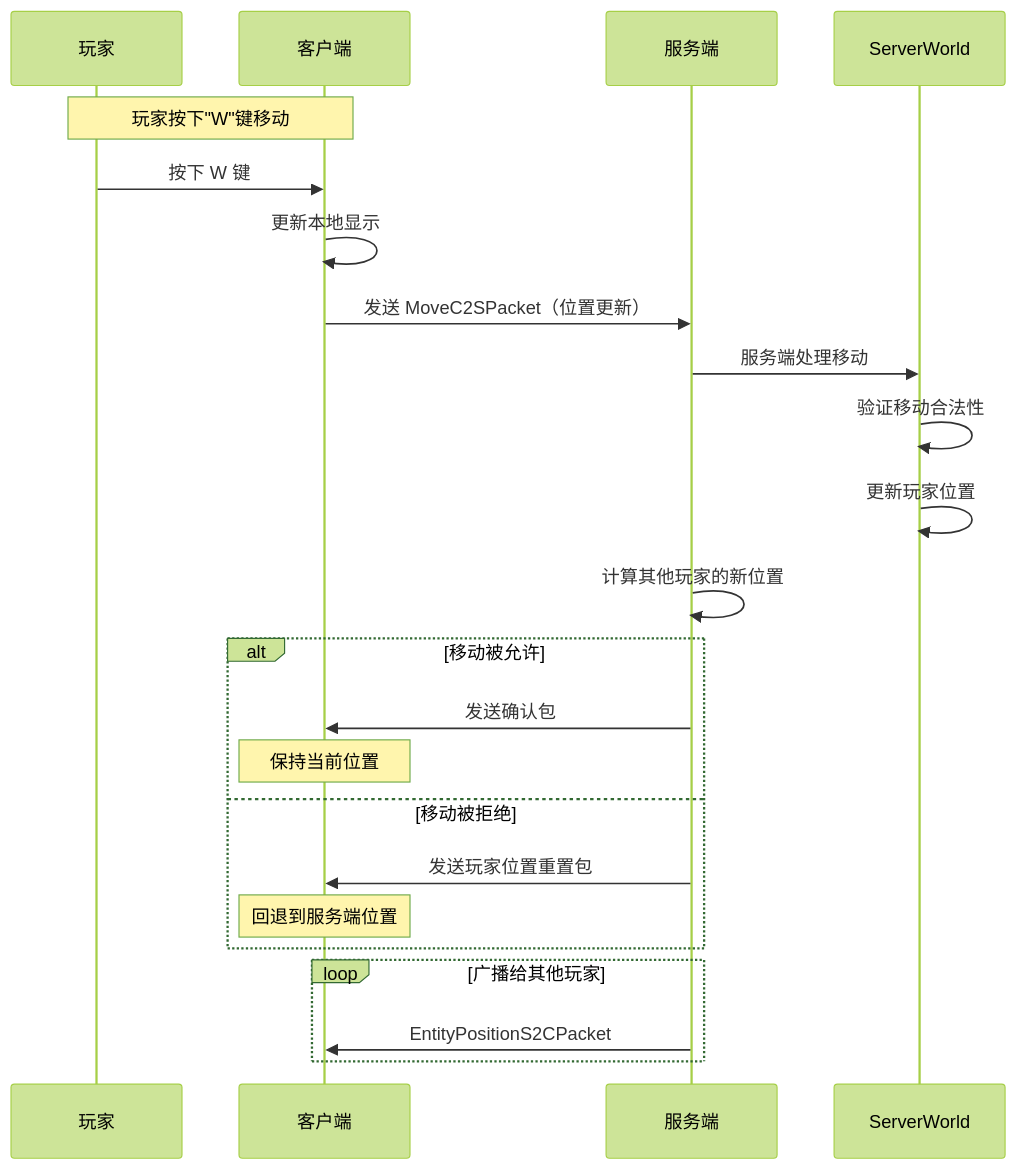
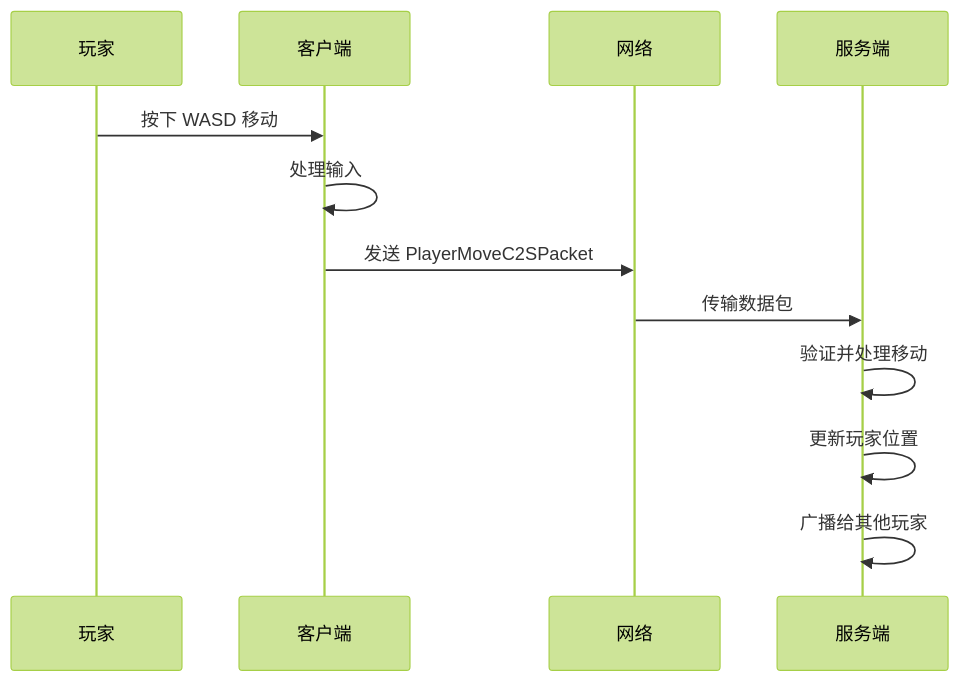
The second of 5 diagrams in content/mc/1.21/core/-/tutorials/Part-1-Foundation/05-client-server-arch.md (BaiGave/Minecraft-Learning), drawn with Mermaid (forest theme) before and after one commit. The commit also changed other lines of this file and 395 other files, not shown here.

````diff
--- a/content/mc/1.21/core/-/tutorials/Part-1-Foundation/05-client-server-arch.md
+++ b/content/mc/1.21/core/-/tutorials/Part-1-Foundation/05-client-server-arch.md
@@ -202,31 +296,15 @@
 ```mermaid
 sequenceDiagram
-    participant P as 玩家
-    participant C as 客户端
-    participant S as 服务端
-    participant W as ServerWorld
+    participant Player as 玩家
+    participant Client as 客户端
+    participant Network as 网络
+    participant Server as 服务端
     
-    Note over P,C: 玩家按下"W"键移动
-    
-    P->>C: 按下 W 键
-    C->>C: 更新本地显示
-    C->>S: 发送 MoveC2SPacket（位置更新）
-    
-    S->>W: 服务端处理移动
-    W->>W: 验证移动合法性
-    W->>W: 更新玩家位置
-    
-    S->>S: 计算其他玩家的新位置
-    
-    alt 移动被允许
-        S->>C: 发送确认包
-        Note over C: 保持当前位置
-    else 移动被拒绝
-        S->>C: 发送玩家位置重置包
-        Note over C: 回退到服务端位置
-    end
-    
-    loop 广播给其他玩家
-        S->>C: EntityPositionS2CPacket
-    end
+    Player->>Client: 按下 WASD 移动
+    Client->>Client: 处理输入
+    Client->>Network: 发送 PlayerMoveC2SPacket
+    Network->>Server: 传输数据包
+    Server->>Server: 验证并处理移动
+    Server->>Server: 更新玩家位置
+    Server->>Server: 广播给其他玩家
 ```
````
